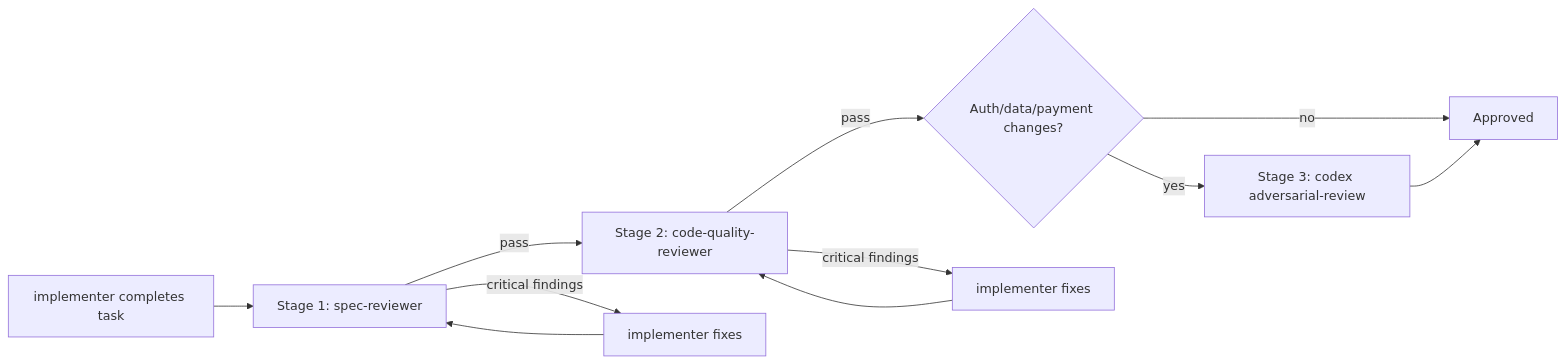
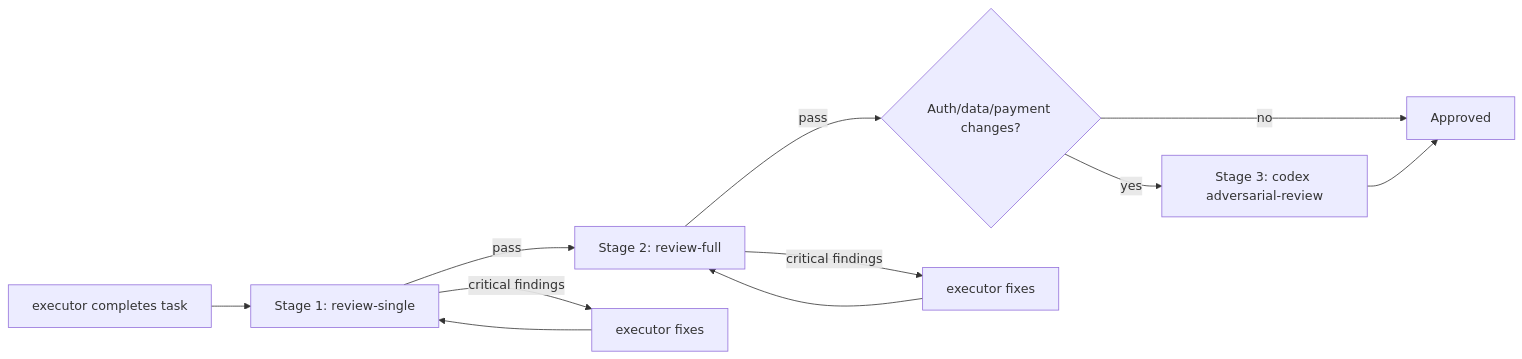
The second of 2 diagrams in README.md (ilsantino/iago-os), drawn with Mermaid before and after one commit. The commit also changed other lines of this file and 62 other files, not shown here.

First line of the commit message:
feat: agent architecture v2 — capability-based dispatch with profiles

````diff
--- a/README.md
+++ b/README.md
@@ -279,16 +249,16 @@
 ```mermaid
 flowchart LR
-    Impl[implementer completes task] --> S1
+    Impl[executor completes task] --> S1
 
-    S1[Stage 1: spec-reviewer] -->|pass| S2[Stage 2: code-quality-reviewer]
-    S1 -->|critical findings| Fix1[implementer fixes]
+    S1[Stage 1: review-single] -->|pass| S2[Stage 2: review-full]
+    S1 -->|critical findings| Fix1[executor fixes]
     Fix1 --> S1
 
     S2 -->|pass| S3{Auth/data/payment changes?}
-    S2 -->|critical findings| Fix2[implementer fixes]
+    S2 -->|critical findings| Fix2[executor fixes]
     Fix2 --> S2
 
     S3 -->|yes| Codex[Stage 3: codex adversarial-review]
     S3 -->|no| Done[Approved]
     Codex --> Done
 ```
````
